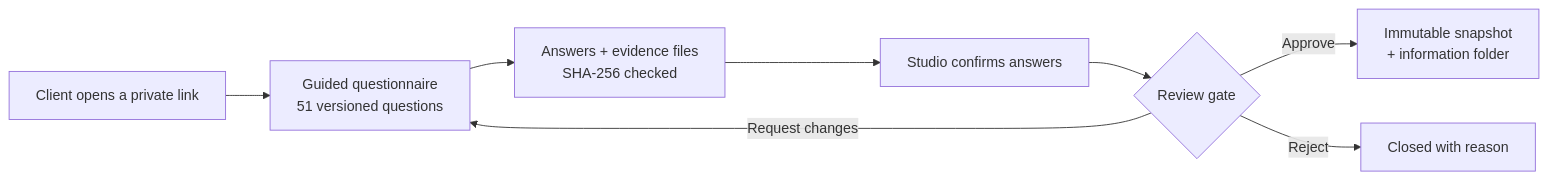
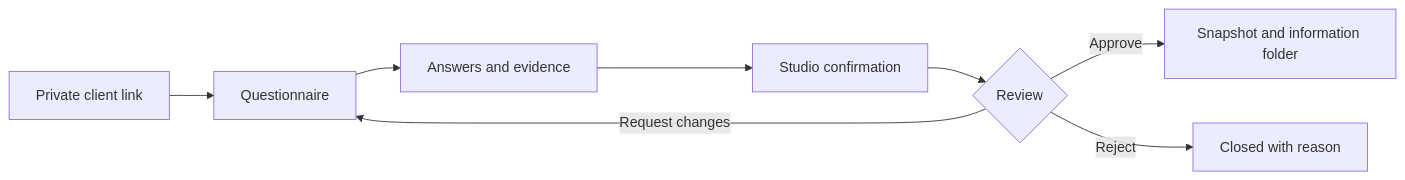
Before and after one commit to danggiakhanhgl2022-hash/d-n-web-t-ng: the diagram in README.md, drawn with Mermaid. The commit also changed other lines of this file and 3 other files, not shown here.

````diff
--- a/README.md
+++ b/README.md
@@ -34,10 +43,10 @@
 ```mermaid
 flowchart LR
-    A[Client opens a private link] --> B[Guided questionnaire<br/>51 versioned questions]
-    B --> C[Answers + evidence files<br/>SHA-256 checked]
-    C --> D[Studio confirms answers]
-    D --> E{Review gate}
-    E -->|Approve| F[Immutable snapshot<br/>+ information folder]
+    A[Private client link] --> B[Questionnaire]
+    B --> C[Answers and evidence]
+    C --> D[Studio confirmation]
+    D --> E{Review}
+    E -->|Approve| F[Snapshot and information folder]
     E -->|Request changes| B
     E -->|Reject| G[Closed with reason]
 ```
````
